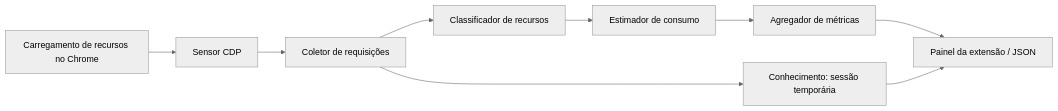
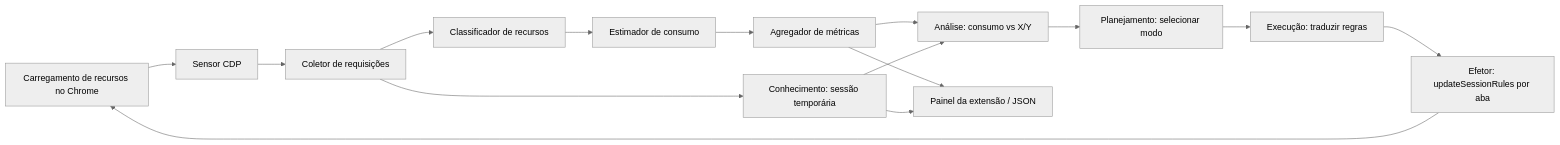
Before and after one commit to CyberNicky/chrome-adaptive-monitor: the diagram in docs/ARQUITETURA.md, drawn with Mermaid (neutral theme). The commit also changed other lines of this file and 26 other files, not shown here.

Commit message:
Aplica modos de economia por limites de consumo

````diff
--- a/docs/ARQUITETURA.md
+++ b/docs/ARQUITETURA.md
@@ -7,11 +7,17 @@
 ```mermaid
 flowchart LR
     Chrome[Carregamento de recursos no Chrome] --> Sensor[Sensor CDP]
     Sensor --> Coletor[Coletor de requisições]
     Coletor --> Classificador[Classificador de recursos]
     Classificador --> Estimador[Estimador de consumo]
     Estimador --> Agregador[Agregador de métricas]
     Coletor --> Conhecimento[Conhecimento: sessão temporária]
+    Agregador --> Analise[Análise: consumo vs X/Y]
+    Conhecimento --> Analise
+    Analise --> Plano[Planejamento: selecionar modo]
+    Plano --> Execucao[Execução: traduzir regras]
+    Execucao --> Efetor[Efetor: updateSessionRules por aba]
+    Efetor --> Chrome
     Agregador --> Painel[Painel da extensão / JSON]
     Conhecimento --> Painel
 ```
````
